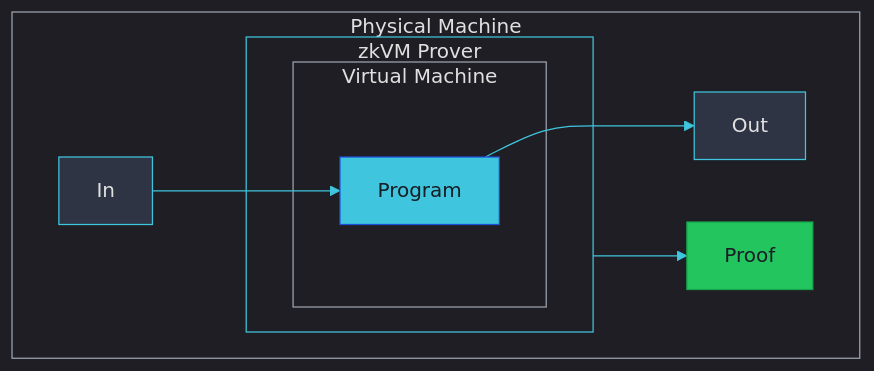
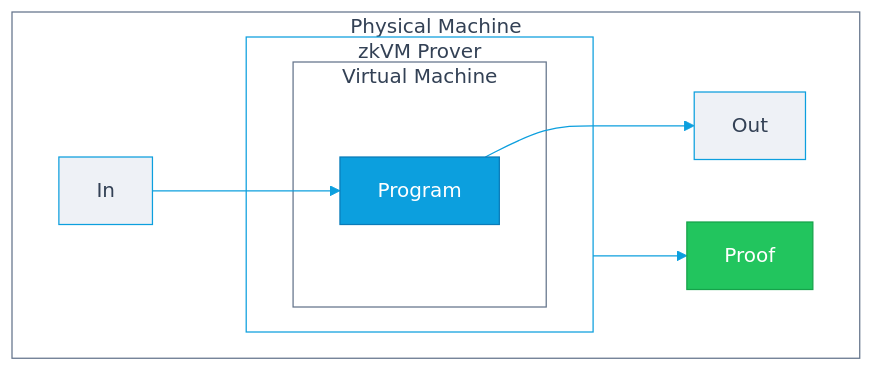
Before and after one commit to codygunton/talks-and-writing: the diagram in 2026-02-13-ethboulder/diagrams/zkvm-prover.mmd, drawn with Mermaid. The commit also changed 11 other files, not shown here.

```diff
--- a/2026-02-13-ethboulder/diagrams/zkvm-prover.mmd
+++ b/2026-02-13-ethboulder/diagrams/zkvm-prover.mmd
@@ -1,21 +1,21 @@
-%%{init: {"theme": "dark", "themeVariables": {"primaryColor": "#2e3444", "primaryTextColor": "#e0e0e0", "lineColor": "#3fc5dd", "secondaryColor": "#282e3e"}}}%%
+%%{init: {"theme": "default", "themeVariables": {"primaryColor": "#eef1f6", "primaryTextColor": "#334155", "lineColor": "#0c9fde", "secondaryColor": "#f5f7fa"}}}%%
 flowchart LR
-    classDef io fill:#2e3444,stroke:#3fc5dd,color:#e0e0e0
-    classDef proc fill:#3fc5dd,stroke:#1d4ed8,color:#181e26
-    classDef proof fill:#22c55e,stroke:#16a34a,color:#181e26
+    classDef io fill:#eef1f6,stroke:#0c9fde,color:#334155
+    classDef proc fill:#0c9fde,stroke:#0a7bb8,color:#ffffff
+    classDef proof fill:#22c55e,stroke:#16a34a,color:#ffffff
 
     subgraph Physical["Physical Machine"]
         direction LR
         In:::io --> Program:::proc
         subgraph Prover["zkVM Prover"]
             subgraph VM["Virtual Machine"]
                 Program
             end
         end
         Program --> Out:::io
         Prover --> Proof:::proof
     end
 
-    style Physical fill:none,stroke:#9ca3af,color:#e0e0e0
-    style Prover fill:none,stroke:#3fc5dd,color:#e0e0e0
-    style VM fill:none,stroke:#9ca3af,color:#e0e0e0
+    style Physical fill:none,stroke:#64748b,color:#334155
+    style Prover fill:none,stroke:#0c9fde,color:#334155
+    style VM fill:none,stroke:#64748b,color:#334155
```
